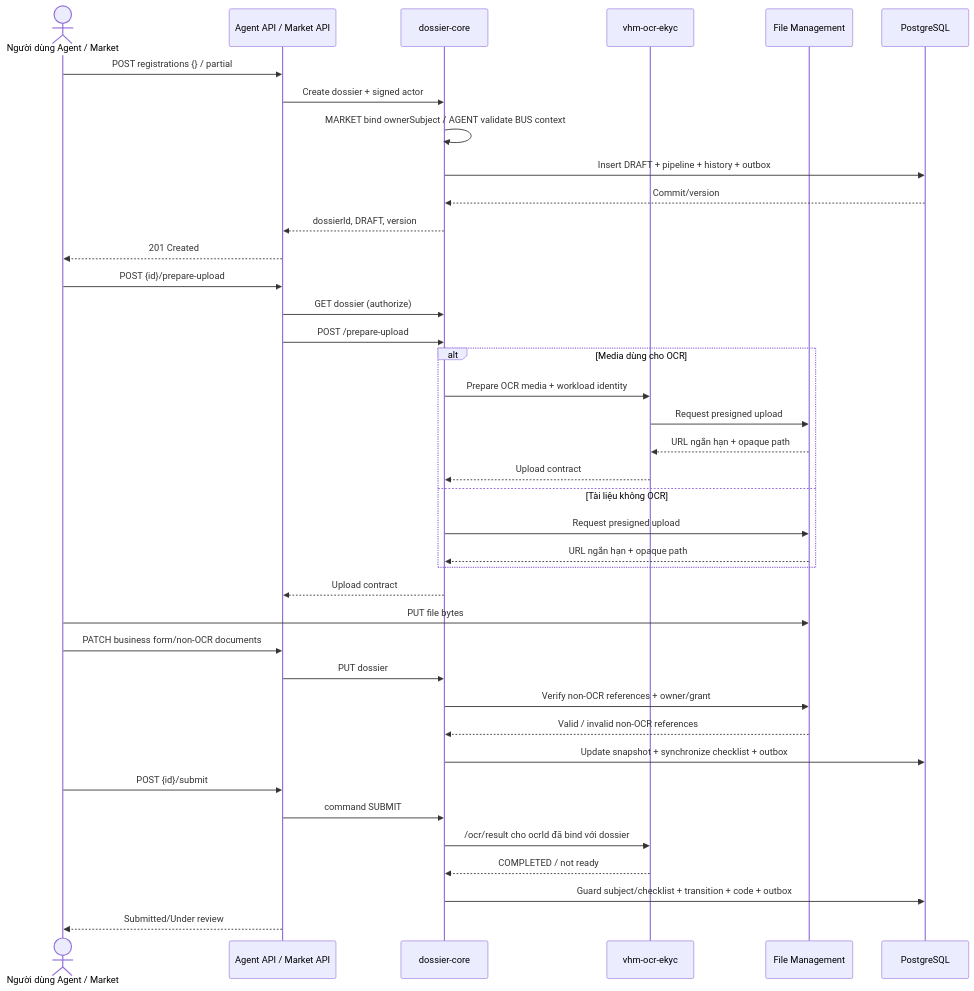
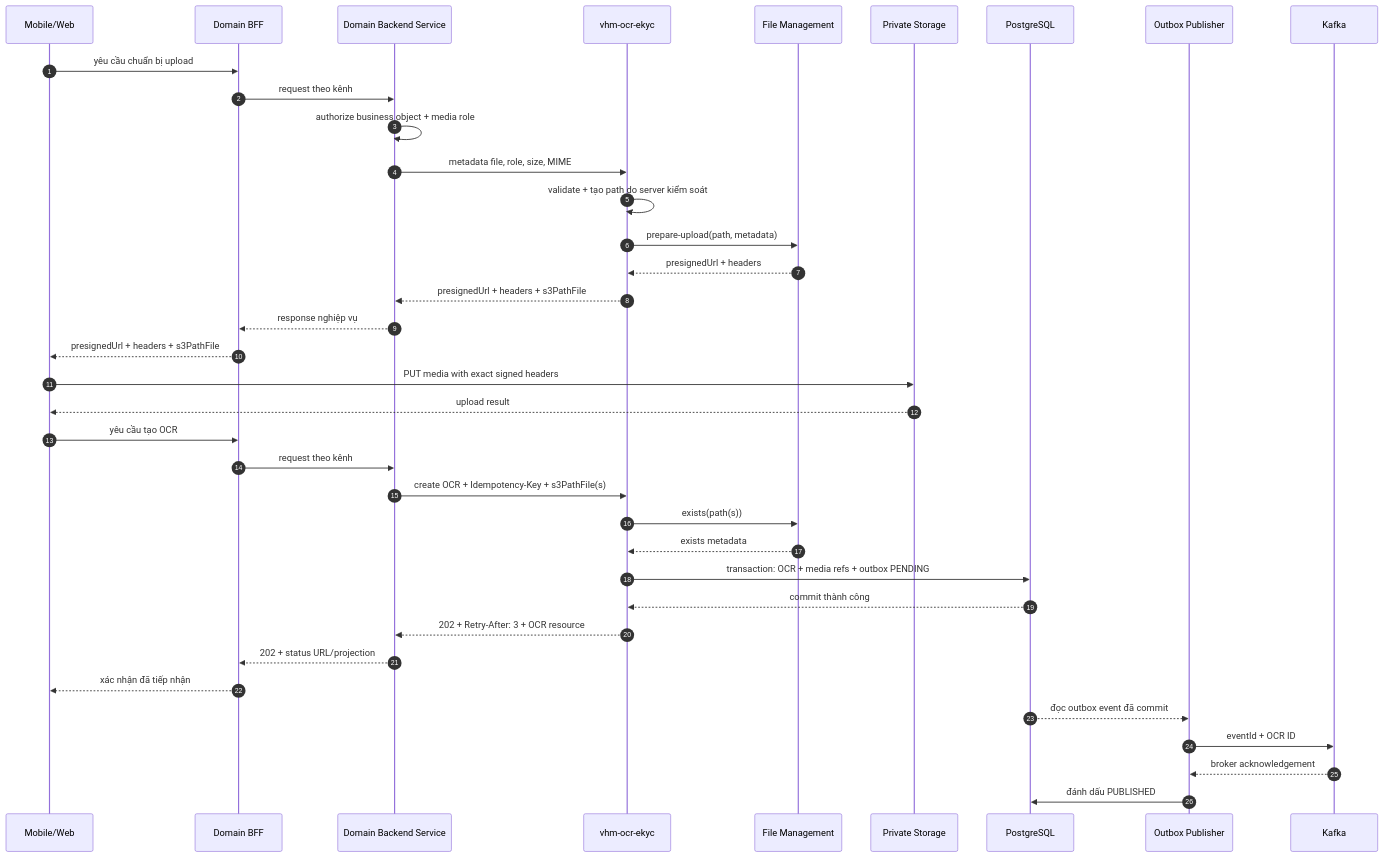
Before and after one commit to huynv-xyz/vhm: the eighth of 12 diagrams in tdd-dossier.md, drawn with Mermaid. The commit also changed other lines of this file, not shown here.

````diff
--- a/tdd-dossier.md
+++ b/tdd-dossier.md
@@ -713,42 +1056,40 @@
 ```mermaid
 sequenceDiagram
-    actor U as Người dùng Agent / Market
-    participant A as Agent API / Market API
-    participant C as dossier-core
-    participant O as vhm-ocr-ekyc
+    autonumber
+    participant C as Mobile/Web
+    participant B as Domain BFF
+    participant N as Domain Backend Service
+    participant A as vhm-ocr-ekyc
     participant F as File Management
+    participant S as Private Storage
     participant D as PostgreSQL
+    participant O as Outbox Publisher
+    participant K as Kafka
 
-    U->>A: POST registrations {} / partial
-    A->>C: Create dossier + signed actor
-    C->>C: MARKET bind ownerSubject / AGENT validate BUS context
-    C->>D: Insert DRAFT + pipeline + history + outbox
-    D-->>C: Commit/version
-    C-->>A: dossierId, DRAFT, version
-    A-->>U: 201 Created
-    U->>A: POST {id}/prepare-upload
-    A->>C: GET dossier (authorize)
-    A->>C: POST /prepare-upload
-    alt Media dùng cho OCR
-        C->>O: Prepare OCR media + workload identity
-        O->>F: Request presigned upload
-        F-->>O: URL ngắn hạn + opaque path
-        O-->>C: Upload contract
-    else Tài liệu không OCR
-        C->>F: Request presigned upload
-        F-->>C: URL ngắn hạn + opaque path
-    end
-    C-->>A: Upload contract
-    U->>F: PUT file bytes
-    U->>A: PATCH business form/non-OCR documents
-    A->>C: PUT dossier
-    C->>F: Verify non-OCR references + owner/grant
-    F-->>C: Valid / invalid non-OCR references
-    C->>D: Update snapshot + synchronize checklist + outbox
-    U->>A: POST {id}/submit
-    A->>C: command SUBMIT
-    C->>O: /ocr/result cho ocrId đã bind với dossier
-    O-->>C: COMPLETED / not ready
-    C->>D: Guard subject/checklist + transition + code + outbox
-    A-->>U: Submitted/Under review
+    C->>B: yêu cầu chuẩn bị upload
+    B->>N: request theo kênh
+    N->>N: authorize business object + media role
+    N->>A: metadata file, role, size, MIME
+    A->>A: validate + tạo path do server kiểm soát
+    A->>F: prepare-upload(path, metadata)
+    F-->>A: presignedUrl + headers
+    A-->>N: presignedUrl + headers + s3PathFile
+    N-->>B: response nghiệp vụ
+    B-->>C: presignedUrl + headers + s3PathFile
+    C->>S: PUT media with exact signed headers
+    S-->>C: upload result
+    C->>B: yêu cầu tạo OCR
+    B->>N: request theo kênh
+    N->>A: create OCR + Idempotency-Key + s3PathFile(s)
+    A->>F: exists(path(s))
+    F-->>A: exists metadata
+    A->>D: transaction: OCR + media refs + outbox PENDING
+    D-->>A: commit thành công
+    A-->>N: 202 + Retry-After: 3 + OCR resource
+    N-->>B: 202 + status URL/projection
+    B-->>C: xác nhận đã tiếp nhận
+    D-->>O: đọc outbox event đã commit
+    O->>K: eventId + OCR ID
+    K-->>O: broker acknowledgement
+    O->>D: đánh dấu PUBLISHED
 ```
````
